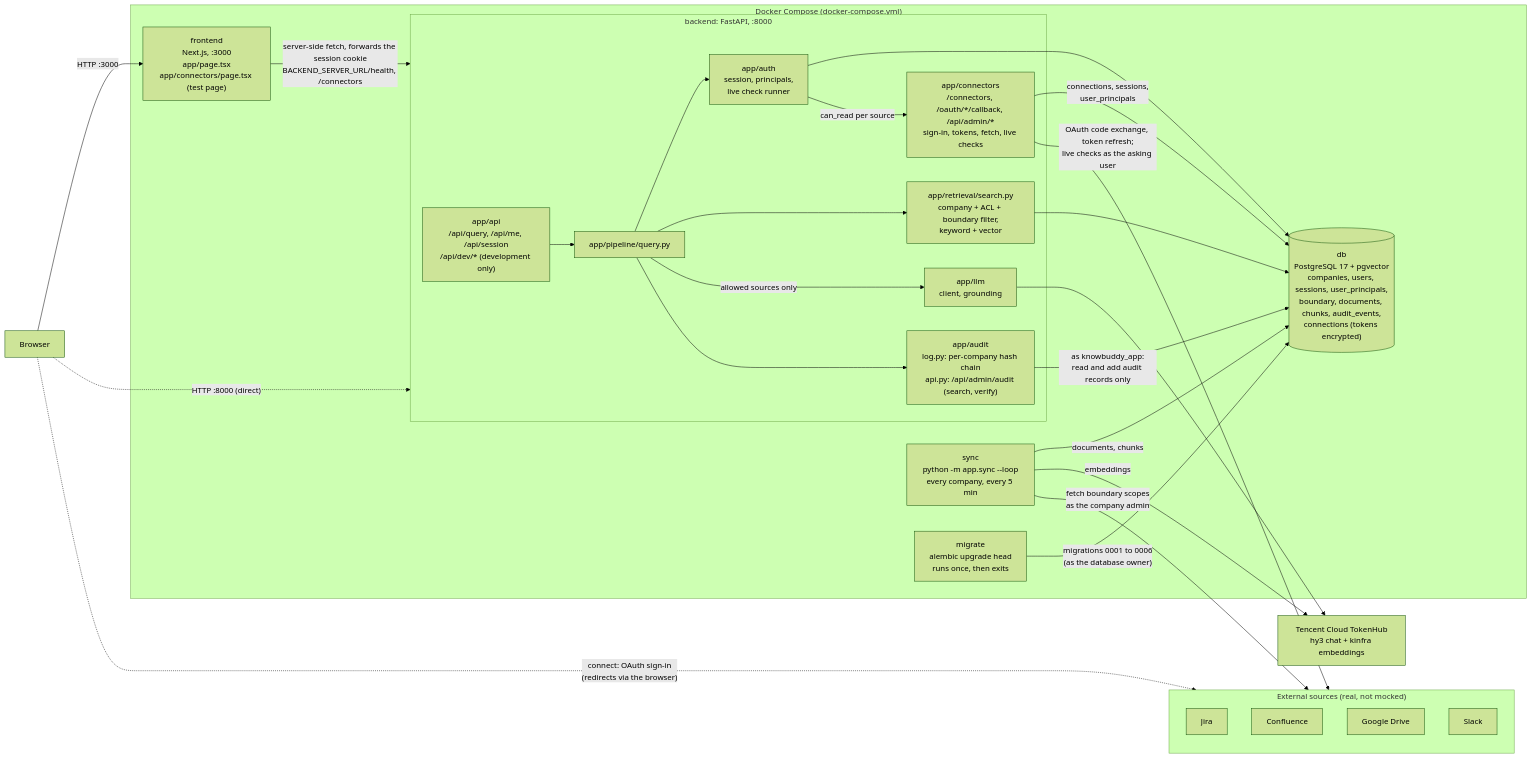
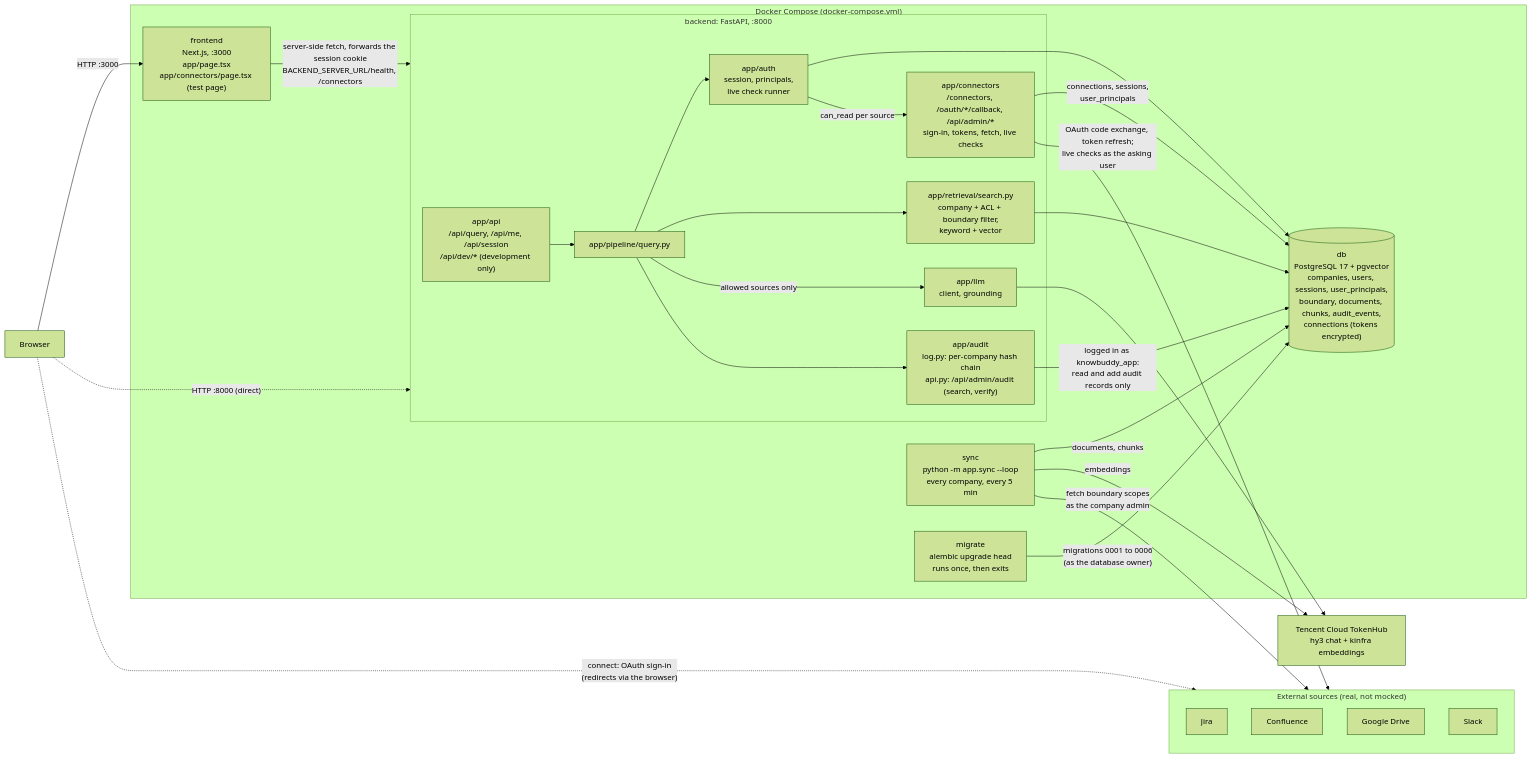
One commit to gabriel-wan/tencent-hackathon-fintech changed the diagram in docs/architecture/CURRENT.md. Above: the diagram before and after it, drawn with Mermaid (forest theme). The commit also changed 4 other files, not shown here.

````diff
--- a/docs/architecture/CURRENT.md
+++ b/docs/architecture/CURRENT.md
@@ -8,50 +8,50 @@
 ```mermaid
 flowchart LR
     USER["Browser"]
     TH["Tencent Cloud TokenHub<br/>hy3 chat + kinfra embeddings"]
 
     subgraph COMPOSE["Docker Compose (docker-compose.yml)"]
         FE["frontend<br/>Next.js, :3000<br/>app/page.tsx<br/>app/connectors/page.tsx (test page)"]
         subgraph BE["backend: FastAPI, :8000"]
             API["app/api<br/>/api/query, /api/me, /api/session<br/>/api/dev/* (development only)"]
             PIPE["app/pipeline/query.py"]
             AUTH["app/auth<br/>session, principals,<br/>live check runner"]
             SEARCH["app/retrieval/search.py<br/>company + ACL + boundary filter,<br/>keyword + vector"]
             LLMC["app/llm<br/>client, grounding"]
             AUD["app/audit<br/>log.py: per-company hash chain<br/>api.py: /api/admin/audit (search, verify)"]
             CONN["app/connectors<br/>/connectors, /oauth/*/callback, /api/admin/*<br/>sign-in, tokens, fetch, live checks"]
         end
         SYNC["sync<br/>python -m app.sync --loop<br/>every company, every 5 min"]
         MIG["migrate<br/>alembic upgrade head<br/>runs once, then exits"]
         DB[("db<br/>PostgreSQL 17 + pgvector<br/>companies, users, sessions, user_principals,<br/>boundary, documents, chunks, audit_events,<br/>connections (tokens encrypted)")]
     end
 
     MIG -->|"migrations 0001 to 0006<br/>(as the database owner)"| DB
     USER -->|"HTTP :3000"| FE
     USER -.->|"HTTP :8000 (direct)"| BE
     FE -->|"server-side fetch, forwards the session cookie<br/>BACKEND_SERVER_URL/health, /connectors"| BE
     API --> PIPE
     PIPE --> AUTH
     PIPE --> SEARCH
     PIPE -->|"allowed sources only"| LLMC
     PIPE --> AUD
     SEARCH --> DB
     AUTH --> DB
-    AUD -->|"as knowbuddy_app:<br/>read and add audit records only"| DB
+    AUD -->|"logged in as knowbuddy_app:<br/>read and add audit records only"| DB
     LLMC --> TH
     CONN -->|"connections, sessions,<br/>user_principals"| DB
 
     subgraph SRC["External sources (real, not mocked)"]
         JI["Jira"]
         CF["Confluence"]
         GD["Google Drive"]
         SL["Slack"]
     end
 
     USER -.->|"connect: OAuth sign-in<br/>(redirects via the browser)"| SRC
     CONN -->|"OAuth code exchange, token refresh;<br/>live checks as the asking user"| SRC
     AUTH -->|"can_read per source"| CONN
     SYNC -->|"fetch boundary scopes<br/>as the company admin"| SRC
     SYNC -->|"documents, chunks"| DB
     SYNC -->|"embeddings"| TH
 ```
````
